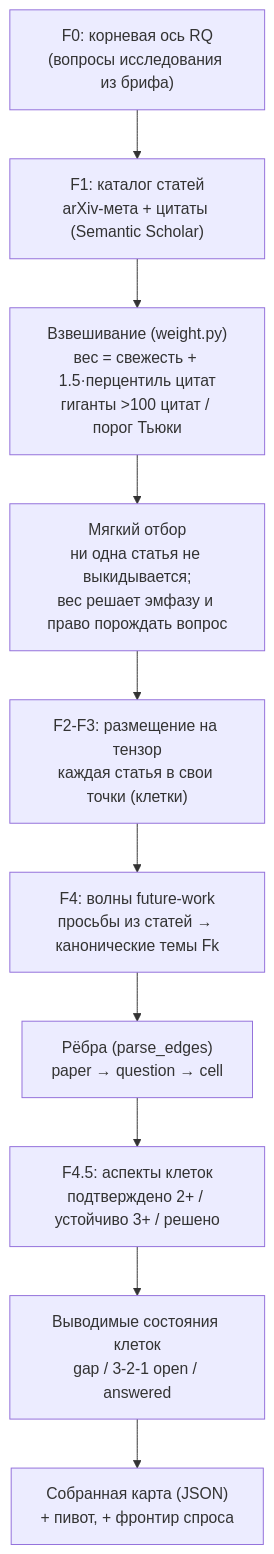
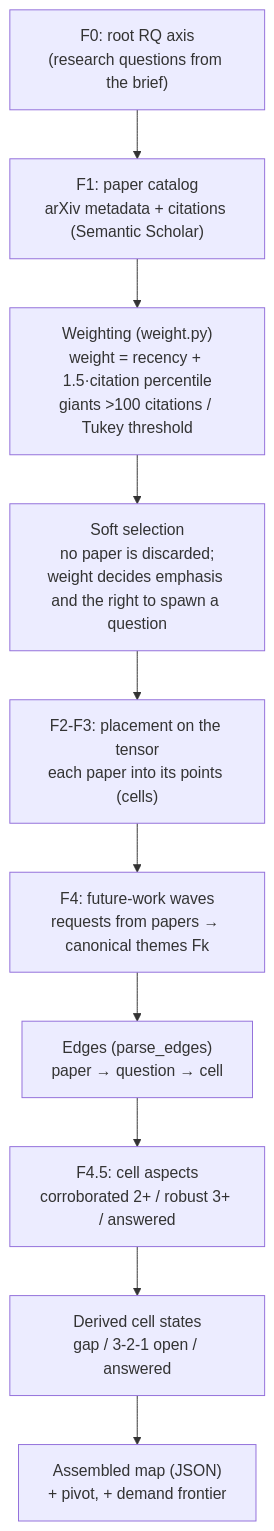
One commit to eericheva/mrs_wallbreaker_maps_public changed the diagram in field_stat_reports/refusal_geometry/pipeline.md. Above: the diagram before and after it, drawn with Mermaid. The commit also changed other lines of this file and 11 other files, not shown here.

````diff
--- a/field_stat_reports/refusal_geometry/pipeline.md
+++ b/field_stat_reports/refusal_geometry/pipeline.md
@@ -38,14 +38,14 @@
 ```mermaid
 flowchart TD
-  rq["F0: корневая ось RQ<br/>(вопросы исследования из брифа)"]
-  harvest["F1: каталог статей<br/>arXiv-мета + цитаты (Semantic Scholar)"]
-  weigh["Взвешивание (weight.py)<br/>вес = свежесть + 1.5·перцентиль цитат<br/>гиганты >100 цитат / порог Тьюки"]
-  soft["Мягкий отбор<br/>ни одна статья не выкидывается;<br/>вес решает эмфазу и право порождать вопрос"]
-  place["F2-F3: размещение на тензор<br/>каждая статья в свои точки (клетки)"]
-  fw["F4: волны future-work<br/>просьбы из статей → канонические темы Fk"]
-  edges["Рёбра (parse_edges)<br/>paper → question → cell"]
-  aspects["F4.5: аспекты клеток<br/>подтверждено 2+ / устойчиво 3+ / решено"]
-  cells["Выводимые состояния клеток<br/>gap / 3-2-1 open / answered"]
-  served["Собранная карта (JSON)<br/>+ пивот, + фронтир спроса"]
+  rq["F0: root RQ axis<br/>(research questions from the brief)"]
+  harvest["F1: paper catalog<br/>arXiv metadata + citations (Semantic Scholar)"]
+  weigh["Weighting (weight.py)<br/>weight = recency + 1.5·citation percentile<br/>giants >100 citations / Tukey threshold"]
+  soft["Soft selection<br/>no paper is discarded;<br/>weight decides emphasis and the right to spawn a question"]
+  place["F2-F3: placement on the tensor<br/>each paper into its points (cells)"]
+  fw["F4: future-work waves<br/>requests from papers → canonical themes Fk"]
+  edges["Edges (parse_edges)<br/>paper → question → cell"]
+  aspects["F4.5: cell aspects<br/>corroborated 2+ / robust 3+ / answered"]
+  cells["Derived cell states<br/>gap / 3-2-1 open / answered"]
+  served["Assembled map (JSON)<br/>+ pivot, + demand frontier"]
   rq --> harvest --> weigh --> soft --> place --> fw --> edges --> aspects --> cells --> served
 ```
````
